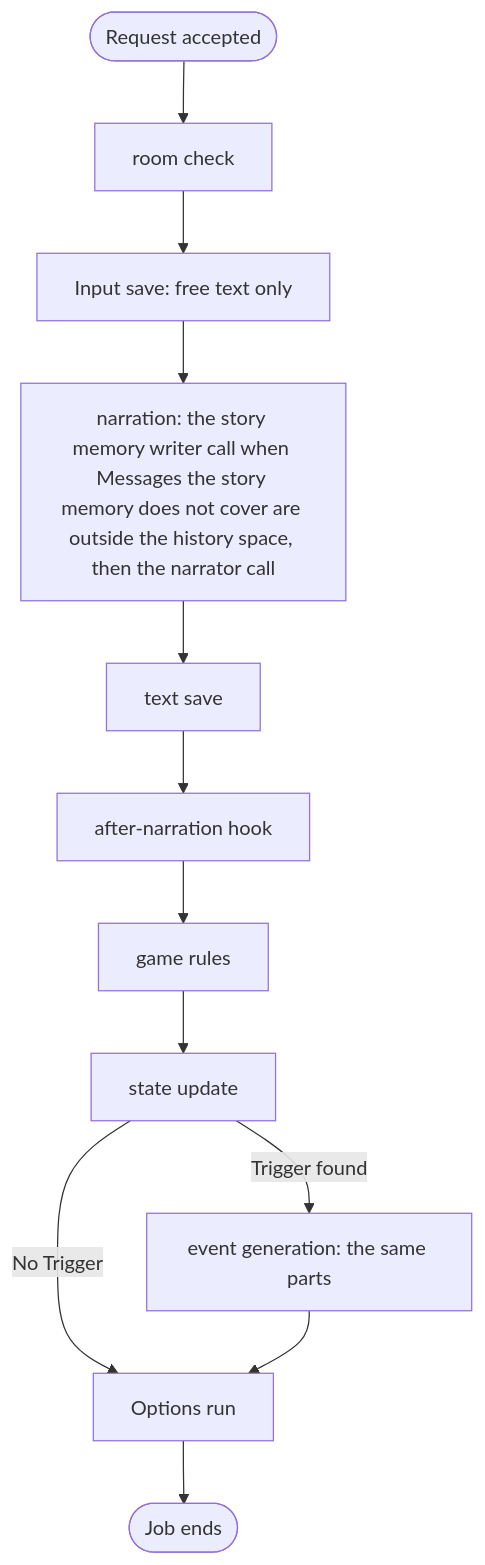
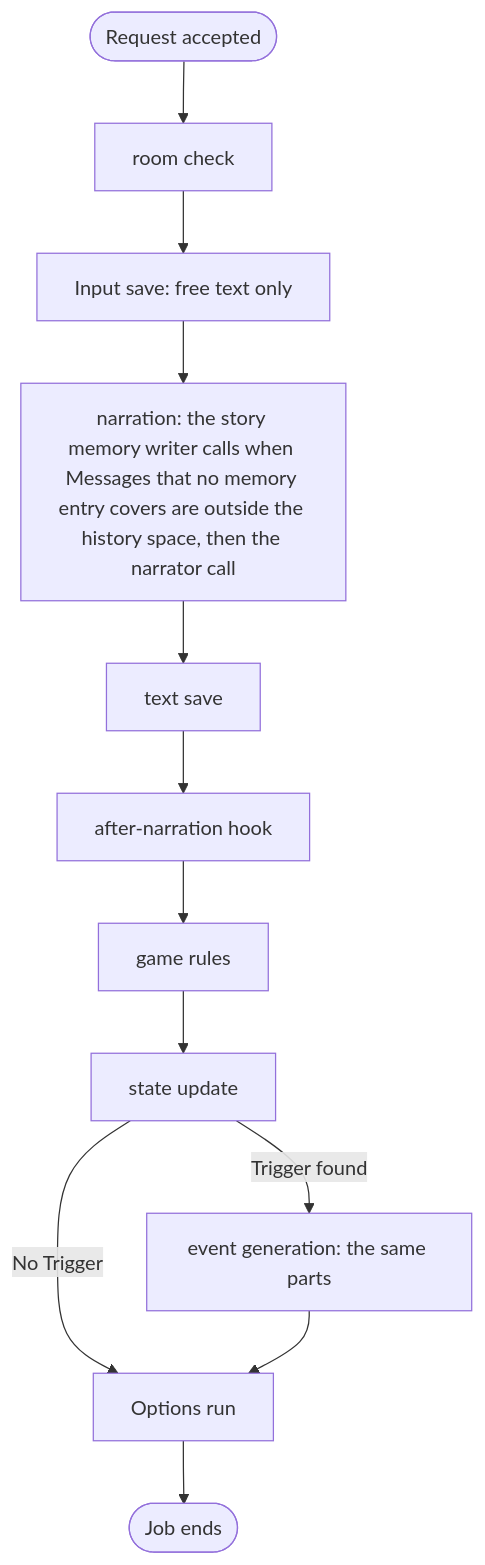
One commit to notsonormal/chronicler-engine changed the diagram in docs/diataxis/reference/game_flow.md. Above: the diagram before and after it, drawn with Mermaid. The commit also changed other lines of this file and 90 other files, not shown here.

````diff
--- a/docs/diataxis/reference/game_flow.md
+++ b/docs/diataxis/reference/game_flow.md
@@ -34,14 +34,14 @@
 ```mermaid
 flowchart TD
     Start([Request accepted]) --> Room[room check]
     Room --> Input[Input save: free text only]
-    Input --> Narrate[narration: the story memory writer call when Messages the story memory does not cover are outside the history space, then the narrator call]
+    Input --> Narrate[narration: the story memory writer calls when Messages that no memory entry covers are outside the history space, then the narrator call]
     Narrate --> TextSave[text save]
     TextSave --> AfterNarration[after-narration hook]
     AfterNarration --> Rules[game rules]
     Rules --> Update[state update]
     Update -->|Trigger found| Event[event generation: the same parts]
     Update -->|No Trigger| Options[Options run]
     Event --> Options
     Options --> End([Job ends])
 ```
````
